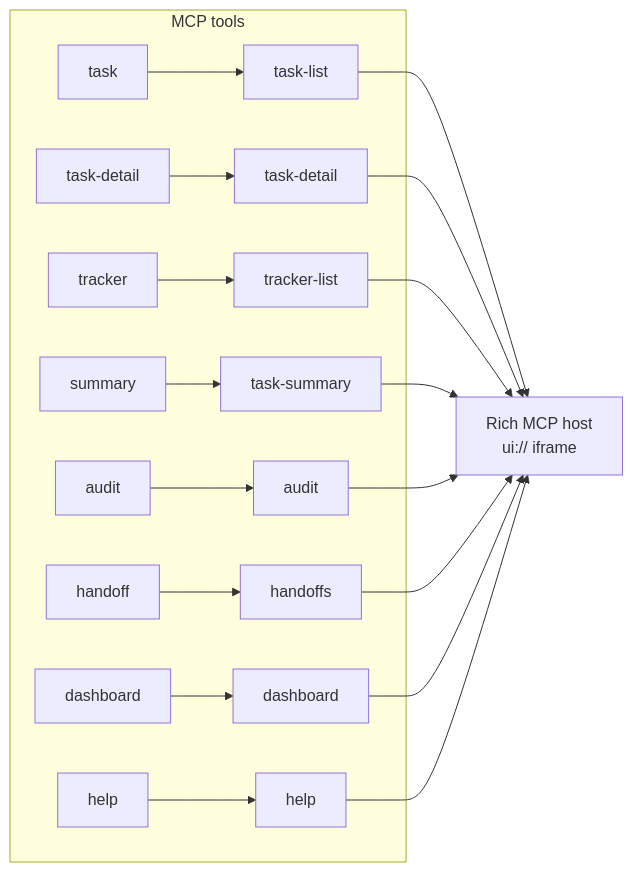
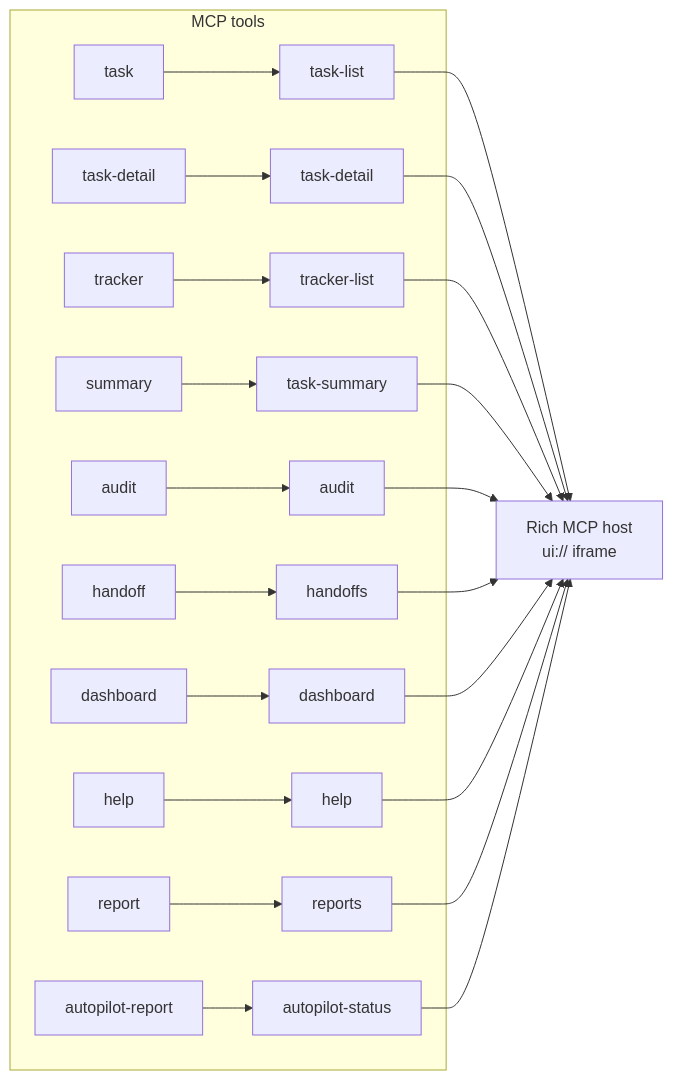
Before and after one commit to real-case/marvin-toolkit: the fourth of 5 diagrams in docs/architecture.md, drawn with Mermaid. The commit also changed other lines of this file and 59 other files, not shown here.

First line of the commit message:
feat: report the autopilot at least every five minutes as a status card

````diff
--- a/docs/architecture.md
+++ b/docs/architecture.md
@@ -212,14 +213,16 @@
 ```mermaid
 flowchart LR
   subgraph TOOLS["MCP tools"]
     T1["task"] --> W1["task-list"]
     T2["task-detail"] --> W2["task-detail"]
     T3["tracker"] --> W3["tracker-list"]
     T4["summary"] --> W4["task-summary"]
     T5["audit"] --> W5["audit"]
     T6["handoff"] --> W6["handoffs"]
     T7["dashboard"] --> W7["dashboard"]
     T8["help"] --> W8["help"]
+    T9["report"] --> W9["reports"]
+    T10["autopilot-report"] --> W10["autopilot-status"]
   end
-  W1 & W2 & W3 & W4 & W5 & W6 & W7 & W8 --> HOST["Rich MCP host<br/>ui:// iframe"]
+  W1 & W2 & W3 & W4 & W5 & W6 & W7 & W8 & W9 & W10 --> HOST["Rich MCP host<br/>ui:// iframe"]
 ```
````
